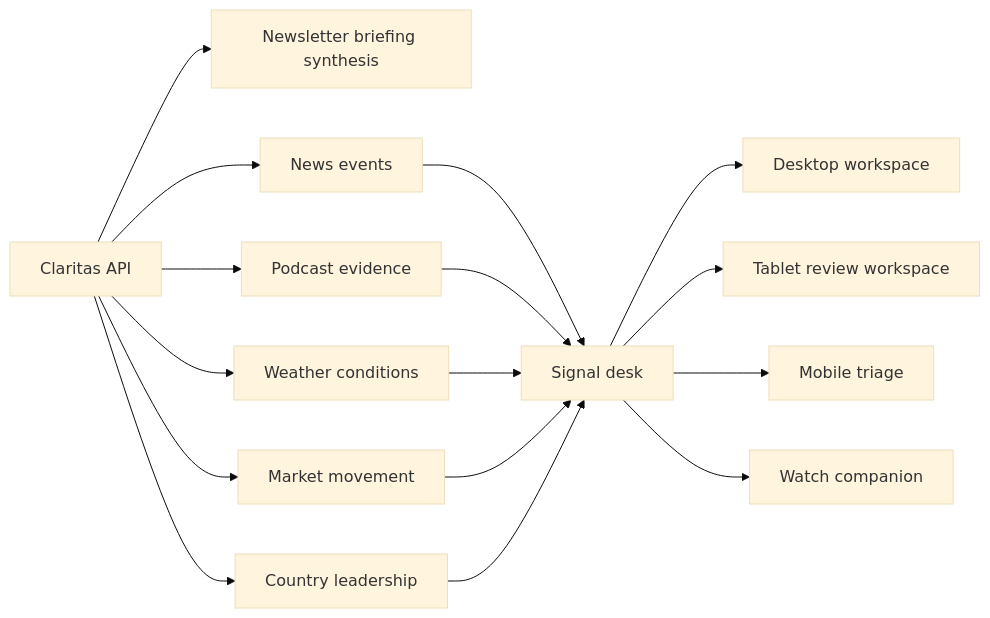
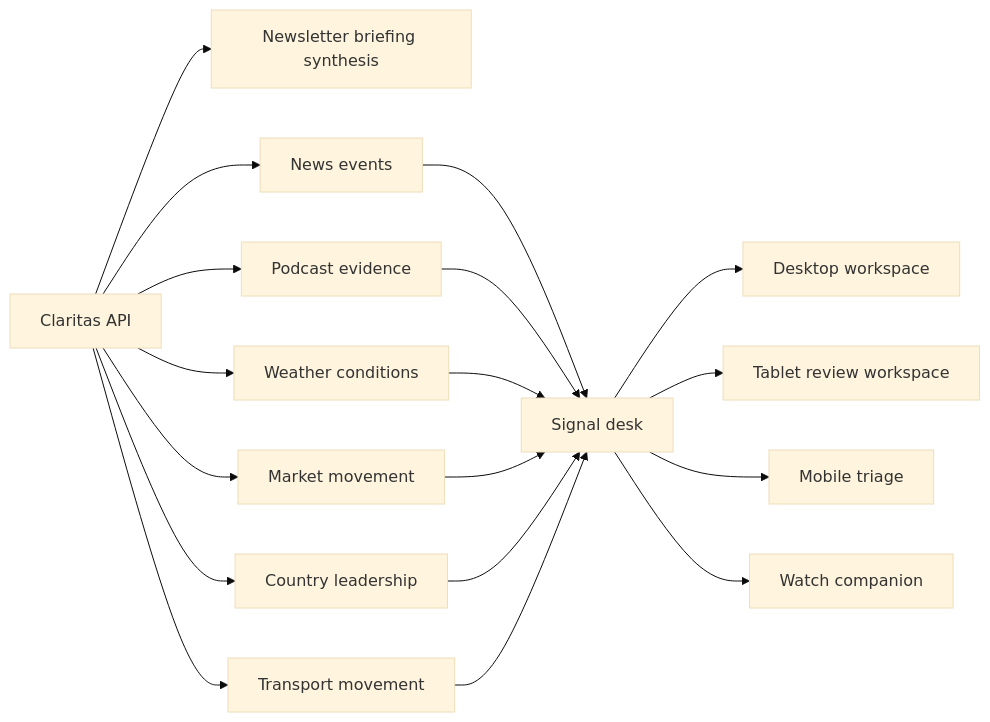
One commit to eojgroup/claritas changed the first of 2 diagrams in docs/architecture/cross-device-design.md. Above: the diagram before and after it, drawn with Mermaid (base theme). The commit also changed other lines of this file and 28 other files, not shown here.

````diff
--- a/docs/architecture/cross-device-design.md
+++ b/docs/architecture/cross-device-design.md
@@ -20,20 +20,22 @@
 ```mermaid
 flowchart LR
   API[Claritas API] --> Brief[Newsletter briefing synthesis]
   API --> News[News events]
   API --> Podcasts[Podcast evidence]
   API --> Weather[Weather conditions]
   API --> Markets[Market movement]
   API --> Leadership[Country leadership]
+  API --> Transport[Transport movement]
 
   News --> Desk[Signal desk]
   Podcasts --> Desk
   Weather --> Desk
   Markets --> Desk
   Leadership --> Desk
+  Transport --> Desk
 
   Desk --> Web[Desktop workspace]
   Desk --> Pad[Tablet review workspace]
   Desk --> Phone[Mobile triage]
   Desk --> Watch[Watch companion]
 ```
````
